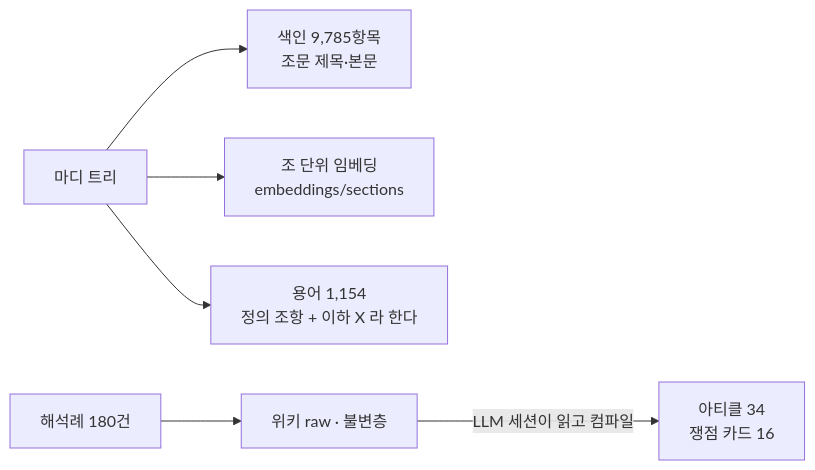
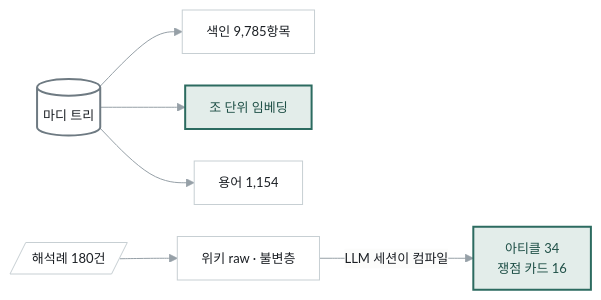
One commit to Fromson99/8agent changed the fourth of 9 diagrams in docs/ARCH_SYSTEM.md. Above: the diagram before and after it, drawn with Mermaid. The commit also changed other lines of this file and 2 other files, not shown here.

````diff
--- a/docs/ARCH_SYSTEM.md
+++ b/docs/ARCH_SYSTEM.md
@@ -236,8 +242,12 @@
 ```mermaid
+%%{init:{'theme':'base','themeVariables':{'fontFamily':'system-ui, sans-serif','fontSize':'13px','primaryColor':'#FFFFFF','primaryTextColor':'#1B1F24','primaryBorderColor':'#C7CFD3','lineColor':'#96A0A7','secondaryColor':'#F1F4F5','tertiaryColor':'#FAFBFB','clusterBkg':'#F5F8F8','clusterBorder':'#DBE1E3','edgeLabelBackground':'#FCFCFB'},'flowchart':{'curve':'basis','nodeSpacing':32,'rankSpacing':50,'padding':12}}}%%
 flowchart LR
-  T["마디 트리"] --> X1["색인 9,785항목<br/>조문 제목·본문"]
-  T --> X2["조 단위 임베딩<br/>embeddings/sections"]
-  T --> X3["용어 1,154<br/>정의 조항 + 이하 X 라 한다"]
-  H["해석례 180건"] --> X4["위키 raw · 불변층"]
-  X4 -->|"LLM 세션이 읽고 컴파일"| X5["아티클 34<br/>쟁점 카드 16"]
+  T[("마디 트리")] --> X1["색인 9,785항목"]
+  T --> X2["조 단위 임베딩"]
+  T --> X3["용어 1,154"]
+  H[/"해석례 180건"/] --> W1["위키 raw · 불변층"]
+  W1 -->|"LLM 세션이 컴파일"| W2["아티클 34<br/>쟁점 카드 16"]
+  style T fill:#FFFFFF,stroke:#6E7A82,stroke-width:2px
+  style X2 fill:#E3EDEA,stroke:#2C6B60,stroke-width:2px,color:#1E4F46
+  style W2 fill:#E3EDEA,stroke:#2C6B60,stroke-width:2px,color:#1E4F46
 ```
````
